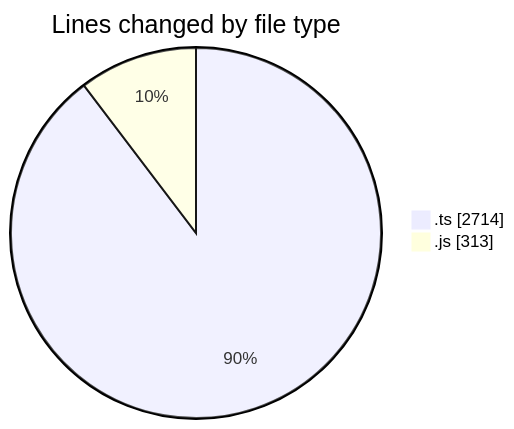
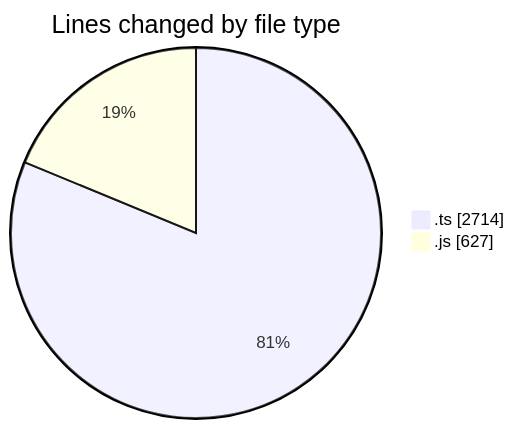
The first of 2 diagrams in 2025-09-05/cda/README.md (momahboobian/code-tracking), drawn with Mermaid before and after one commit. The commit also changed other lines of this file and 1 other file, not shown here.

````diff
--- a/2025-09-05/cda/README.md
+++ b/2025-09-05/cda/README.md
@@ -22,6 +22,6 @@
 ```mermaid
 pie showData
 title Lines changed by file type
 ".ts" : 2714
-".js" : 313
+".js" : 627
 ```
````
